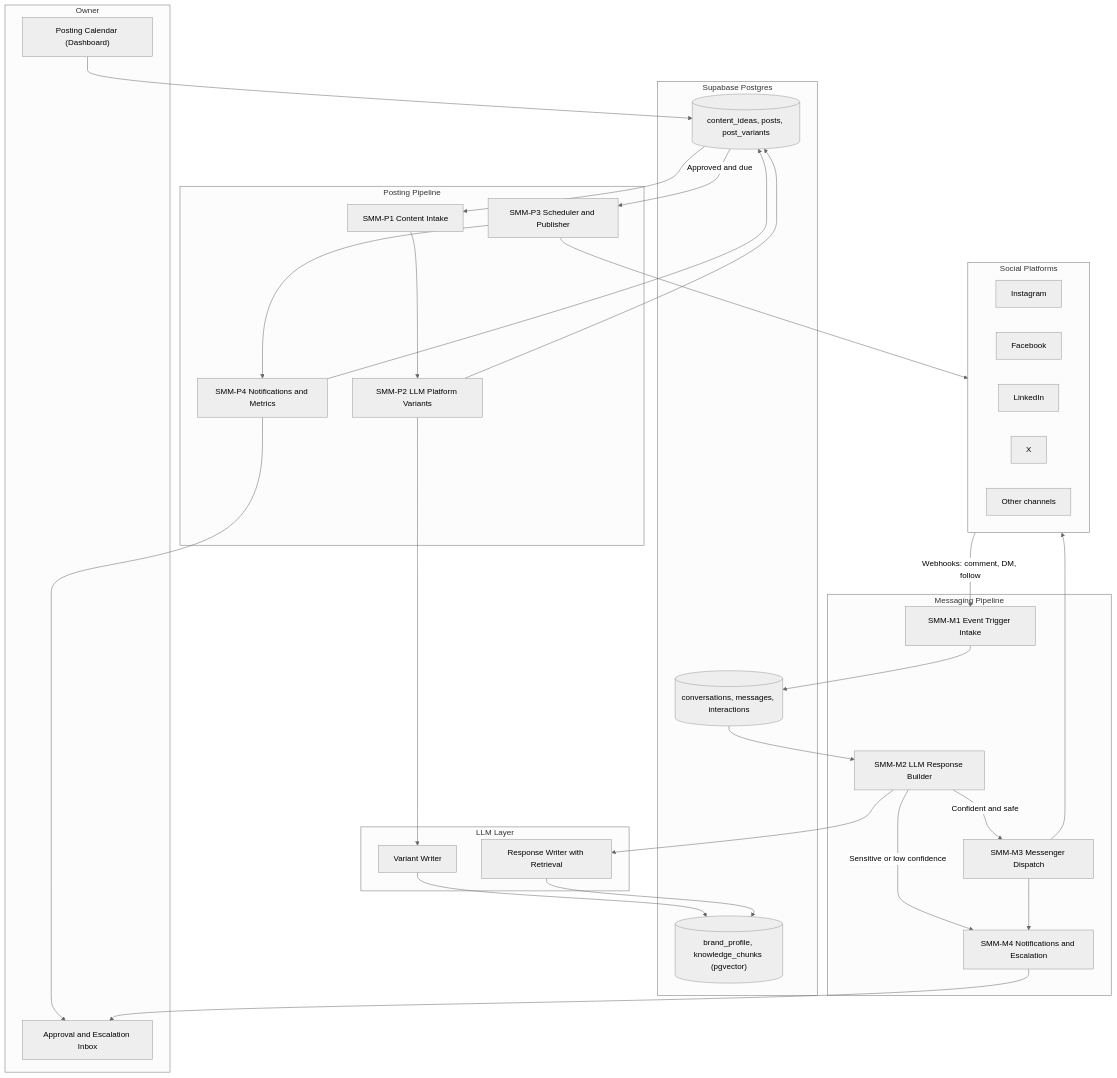
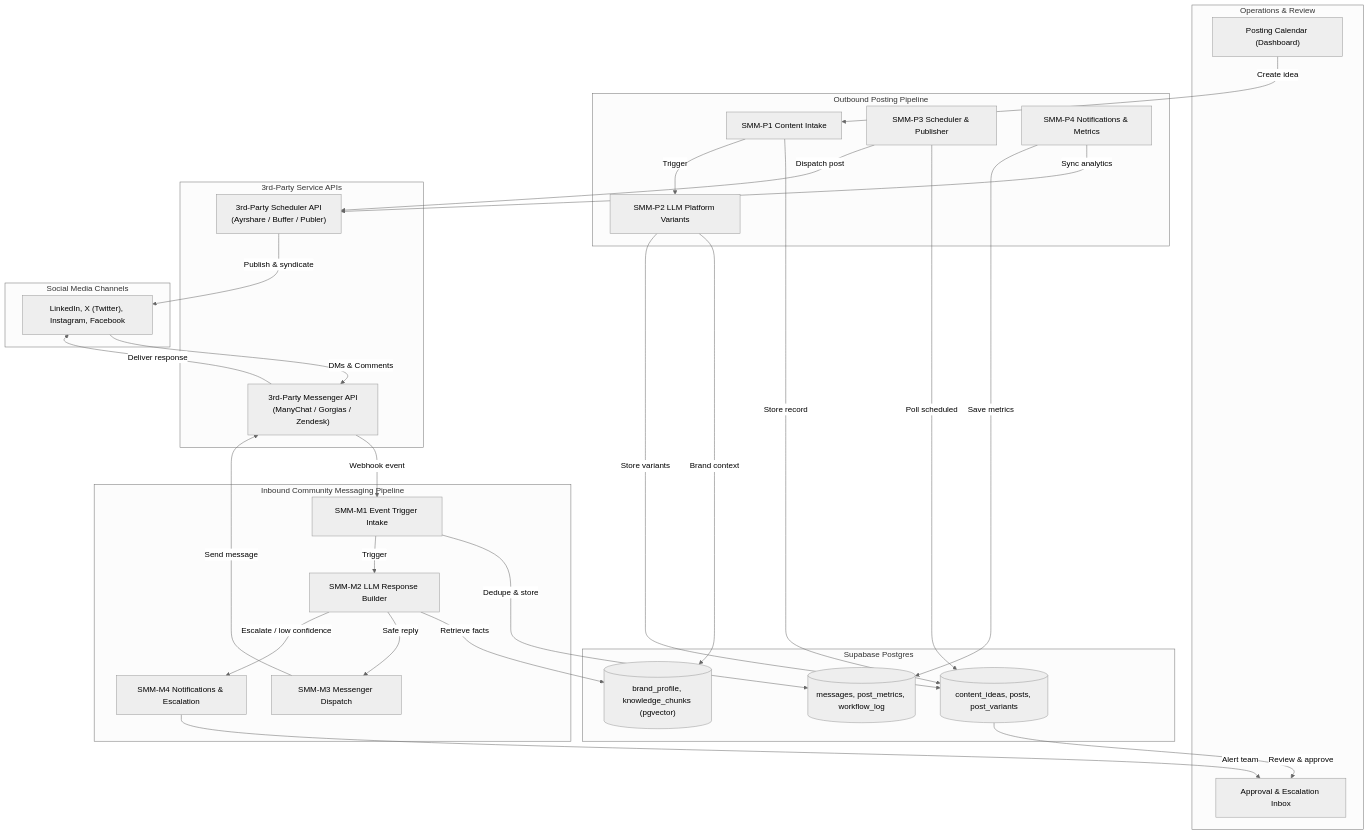
Before and after one commit to robinsehnalik/smm-automation: the first of 3 diagrams in architecture.md, drawn with Mermaid (neutral theme). The commit also changed other lines of this file and 10 other files, not shown here.

Commit message:
feat(smm): overhaul to native 3rd-party social schedulers and messengers

````diff
--- a/architecture.md
+++ b/architecture.md
@@ -28,63 +23,59 @@
 ```mermaid
 flowchart TD
-    subgraph Owner["Owner"]
+    subgraph Operations["Operations & Review"]
         Calendar["Posting Calendar (Dashboard)"]
-        Approve["Approval and Escalation Inbox"]
+        Approve["Approval & Escalation Inbox"]
     end
 
     subgraph Data["Supabase Postgres"]
         Ideas[("content_ideas, posts, post_variants")]
         Brand[("brand_profile, knowledge_chunks (pgvector)")]
-        Conv[("conversations, messages, interactions")]
+        Conv[("messages, post_metrics, workflow_log")]
     end
 
-    subgraph Posting["Posting Pipeline"]
+    subgraph Posting["Outbound Posting Pipeline"]
         P1["SMM-P1 Content Intake"]
         P2["SMM-P2 LLM Platform Variants"]
-        P3["SMM-P3 Scheduler and Publisher"]
-        P4["SMM-P4 Notifications and Metrics"]
+        P3["SMM-P3 Scheduler & Publisher"]
+        P4["SMM-P4 Notifications & Metrics"]
     end
 
-    subgraph Messaging["Messaging Pipeline"]
+    subgraph Messaging["Inbound Community Messaging Pipeline"]
         M1["SMM-M1 Event Trigger Intake"]
         M2["SMM-M2 LLM Response Builder"]
         M3["SMM-M3 Messenger Dispatch"]
-        M4["SMM-M4 Notifications and Escalation"]
+        M4["SMM-M4 Notifications & Escalation"]
     end
 
-    subgraph LLM["LLM Layer"]
-        VarLLM["Variant Writer"]
-        RespLLM["Response Writer with Retrieval"]
+    subgraph External["3rd-Party Service APIs"]
+        SchedulerAPI["3rd-Party Scheduler API\n(Ayrshare / Buffer / Publer)"]
+        MessengerAPI["3rd-Party Messenger API\n(ManyChat / Gorgias / Zendesk)"]
     end
 
-    subgraph Platforms["Social Platforms"]
-        IG["Instagram"]
-        FB["Facebook"]
-        LI["LinkedIn"]
-        X["X"]
-        Other["Other channels"]
+    subgraph SocialNetworks["Social Media Channels"]
+        Networks["LinkedIn, X (Twitter), Instagram, Facebook"]
     end
 
-    Calendar --> Ideas
-    Ideas --> P1
-    P1 --> P2
-    P2 --> VarLLM
-    VarLLM --> Brand
-    P2 --> Ideas
-    Ideas -->|"Approved and due"| P3
-    P3 --> Platforms
-    P3 --> P4
-    P4 --> Approve
-    P4 --> Ideas
+    Calendar -->|Create idea| P1
+    P1 -->|Store record| Ideas
+    P1 -->|Trigger| P2
+    P2 -->|Brand context| Brand
+    P2 -->|Store variants| Ideas
+    Ideas -->|Review & approve| Approve
+    P3 -->|Poll scheduled| Ideas
+    P3 -->|Dispatch post| SchedulerAPI
+    SchedulerAPI -->|Publish & syndicate| Networks
+    P4 -->|Sync analytics| SchedulerAPI
+    P4 -->|Save metrics| Conv
 
-    Platforms -->|"Webhooks: comment, DM, follow"| M1
-    M1 --> Conv
-    Conv --> M2
-    M2 --> RespLLM
-    RespLLM --> Brand
-    M2 -->|"Confident and safe"| M3
-    M2 -->|"Sensitive or low confidence"| M4
-    M3 --> Platforms
-    M3 --> M4
-    M4 --> Approve
+    Networks -->|DMs & Comments| MessengerAPI
+    MessengerAPI -->|Webhook event| M1
+    M1 -->|Dedupe & store| Conv
+    M1 -->|Trigger| M2
+    M2 -->|Retrieve facts| Brand
+    M2 -->|Safe reply| M3
+    M2 -->|Escalate / low confidence| M4
+    M3 -->|Send message| MessengerAPI
+    MessengerAPI -->|Deliver response| Networks
+    M4 -->|Alert team| Approve
 ```
````
